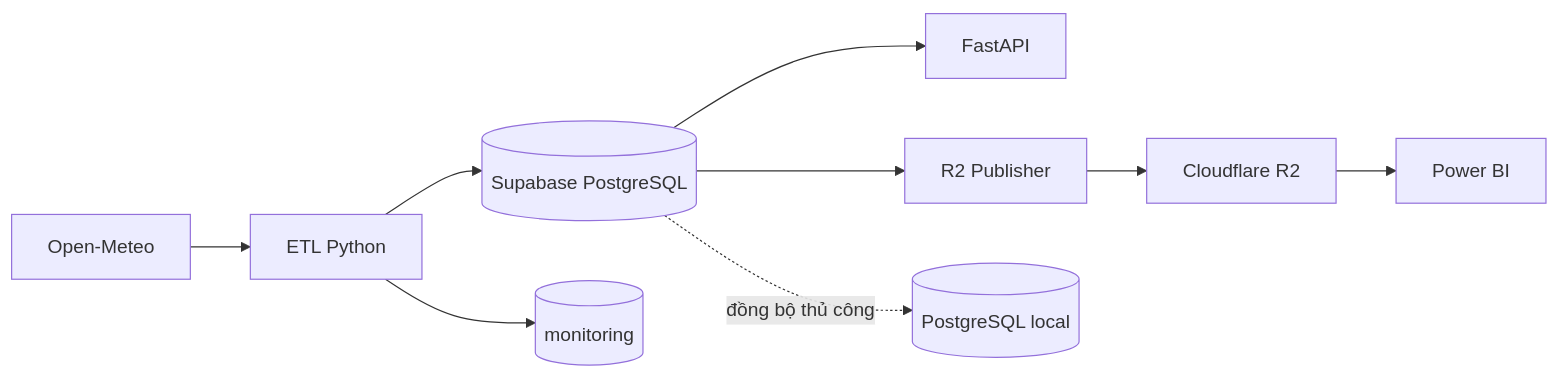
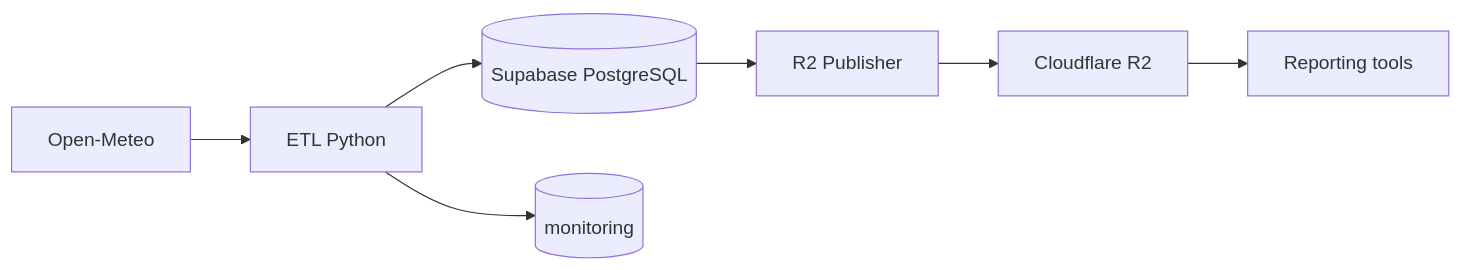
Before and after one commit to SeikoP/Vietnam-weather-platform: the diagram in docs/architecture.md, drawn with Mermaid. The commit also changed other lines of this file and 15 other files, not shown here.

````diff
--- a/docs/architecture.md
+++ b/docs/architecture.md
@@ -5,11 +5,9 @@
 ```mermaid
 flowchart LR
     OM[Open-Meteo] --> ETL[ETL Python]
     ETL --> DB[(Supabase PostgreSQL)]
     ETL --> MON[(monitoring)]
-    DB --> API[FastAPI]
     DB --> PUB[R2 Publisher]
     PUB --> R2[Cloudflare R2]
-    R2 --> BI[Power BI]
-    DB -. đồng bộ thủ công .-> LOCAL[(PostgreSQL local)]
+    R2 --> REPORT[Reporting tools]
 ```
````
